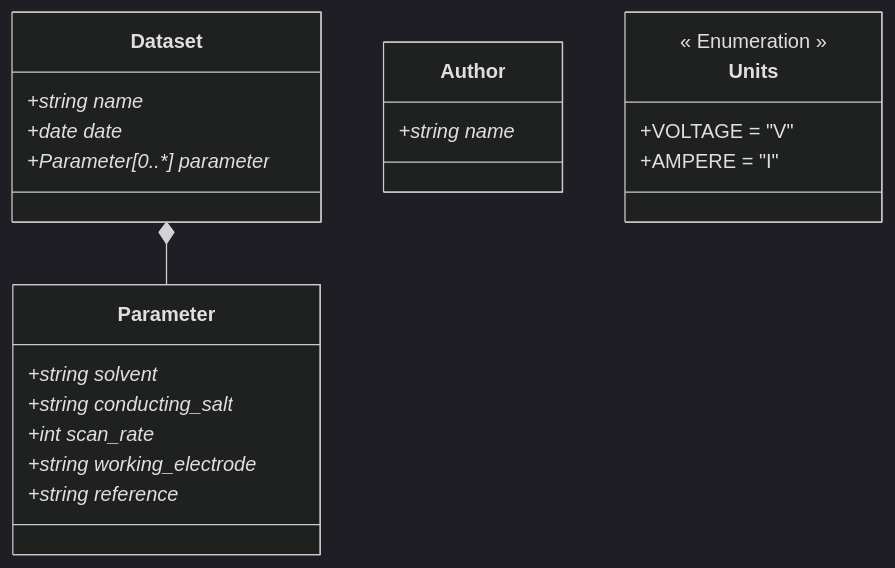
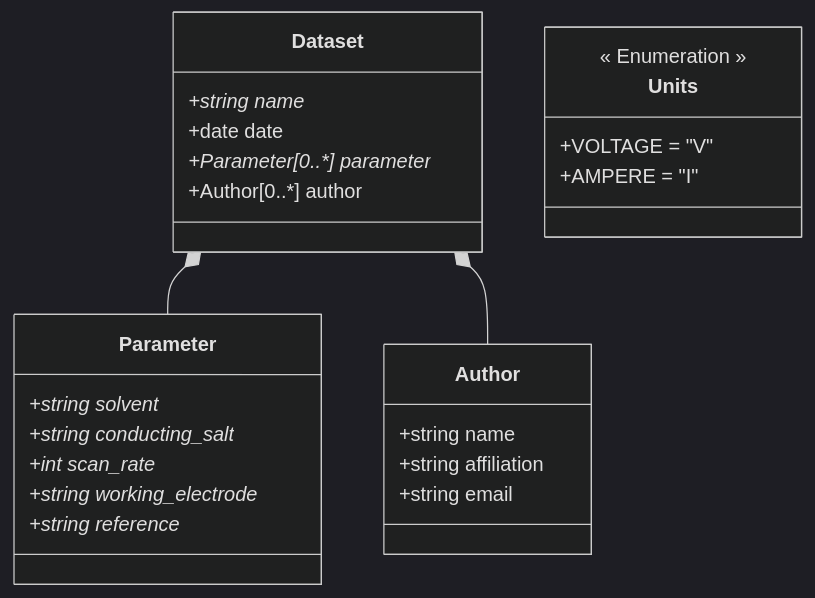
One commit to FAIRChemistry/datamodel-electrochemistry changed the diagram in ElectrochemistryDataModel/schemes/Datamodel for Electrochemistry.md. Above: the diagram before and after it, drawn with Mermaid (dark theme). The commit also changed 5 other files, not shown here.

````diff
--- a/ElectrochemistryDataModel/schemes/Datamodel for Electrochemistry.md
+++ b/ElectrochemistryDataModel/schemes/Datamodel for Electrochemistry.md
@@ -1,29 +1,33 @@
 ```mermaid
 classDiagram
     Dataset *-- Parameter
+    Dataset *-- Author
     
     class Dataset {
         +string name*
-        +date date*
+        +date date
         +Parameter[0..*] parameter*
+        +Author[0..*] author
     }
     
     class Author {
-        +string name*
+        +string name
+        +string affiliation
+        +string email
     }
     
     class Parameter {
         +string solvent*
         +string conducting_salt*
         +int scan_rate*
         +string working_electrode*
         +string reference*
     }
     
     class Units {
         << Enumeration >>
         +VOLTAGE = "V"
         +AMPERE = "I"
     }
     
 ```
````
